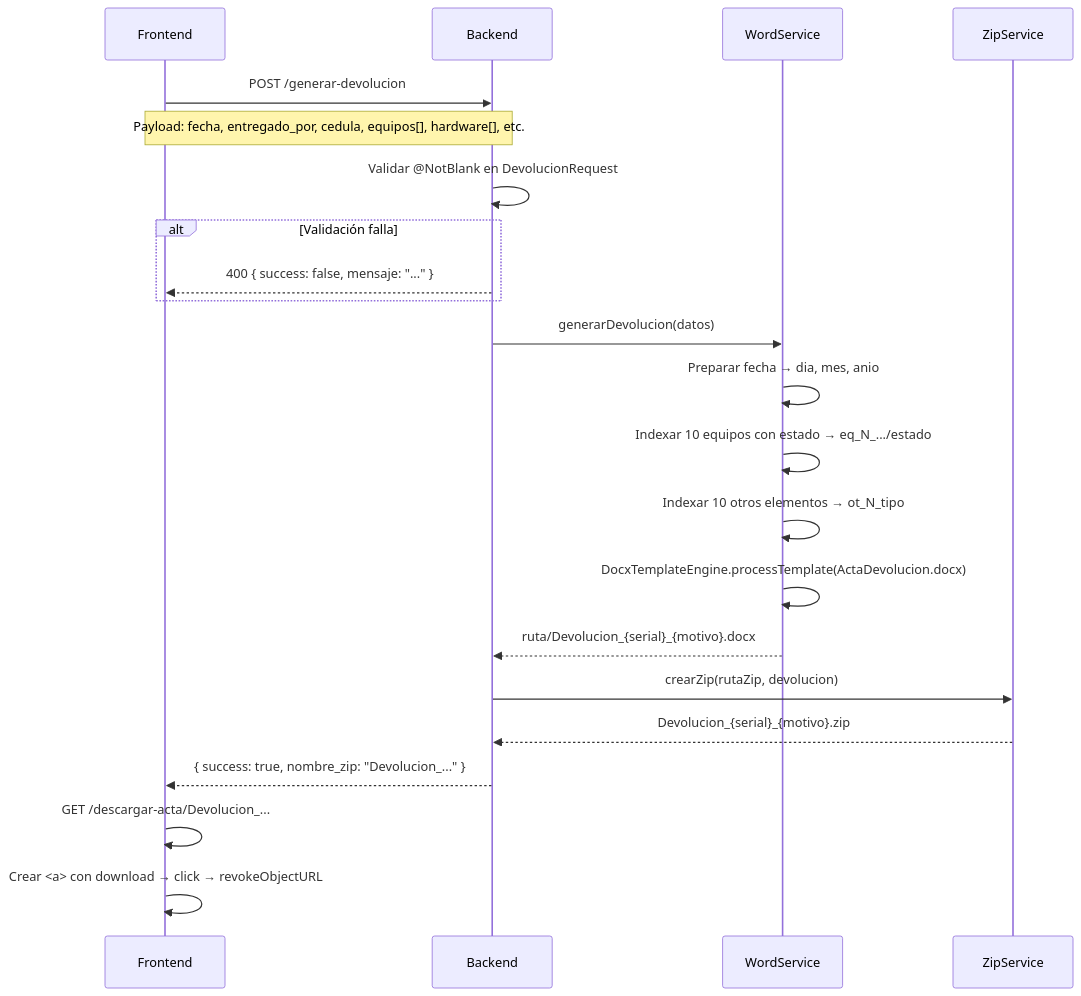
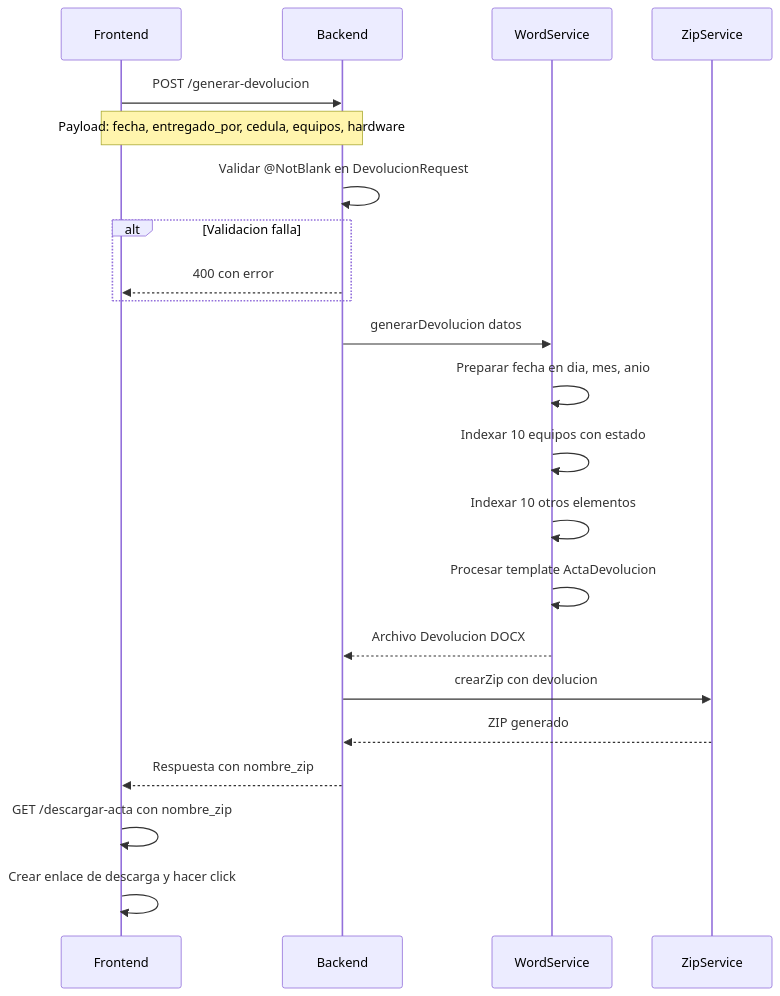
One commit to juanjosehc/actas-glpi changed the fifth of 10 diagrams in FLUJO_FUNCIONAL.md. Above: the diagram before and after it, drawn with Mermaid. The commit also changed other lines of this file, not shown here.

````diff
--- a/FLUJO_FUNCIONAL.md
+++ b/FLUJO_FUNCIONAL.md
@@ -189,30 +189,30 @@
 ```mermaid
 sequenceDiagram
     participant U as Frontend
     participant B as Backend
     participant W as WordService
     participant Z as ZipService
 
     U->>B: POST /generar-devolucion
-    Note over U,B: Payload: fecha, entregado_por, cedula, equipos[], hardware[], etc.
+    Note over U,B: Payload: fecha, entregado_por, cedula, equipos, hardware
 
     B->>B: Validar @NotBlank en DevolucionRequest
-    alt Validación falla
-        B-->>U: 400 { success: false, mensaje: "..." }
+    alt Validacion falla
+        B-->>U: 400 con error
     end
 
-    B->>W: generarDevolucion(datos)
-    W->>W: Preparar fecha → dia, mes, anio
-    W->>W: Indexar 10 equipos con estado → eq_N_.../estado
-    W->>W: Indexar 10 otros elementos → ot_N_tipo
-    W->>W: DocxTemplateEngine.processTemplate(ActaDevolucion.docx)
-    W-->>B: ruta/Devolucion_{serial}_{motivo}.docx
+    B->>W: generarDevolucion datos
+    W->>W: Preparar fecha en dia, mes, anio
+    W->>W: Indexar 10 equipos con estado
+    W->>W: Indexar 10 otros elementos
+    W->>W: Procesar template ActaDevolucion
+    W-->>B: Archivo Devolucion DOCX
 
-    B->>Z: crearZip(rutaZip, devolucion)
-    Z-->>B: Devolucion_{serial}_{motivo}.zip
+    B->>Z: crearZip con devolucion
+    Z-->>B: ZIP generado
 
-    B-->>U: { success: true, nombre_zip: "Devolucion_..." }
+    B-->>U: Respuesta con nombre_zip
 
-    U->>U: GET /descargar-acta/Devolucion_...
-    U->>U: Crear <a> con download → click → revokeObjectURL
+    U->>U: GET /descargar-acta con nombre_zip
+    U->>U: Crear enlace de descarga y hacer click
 ```
````
